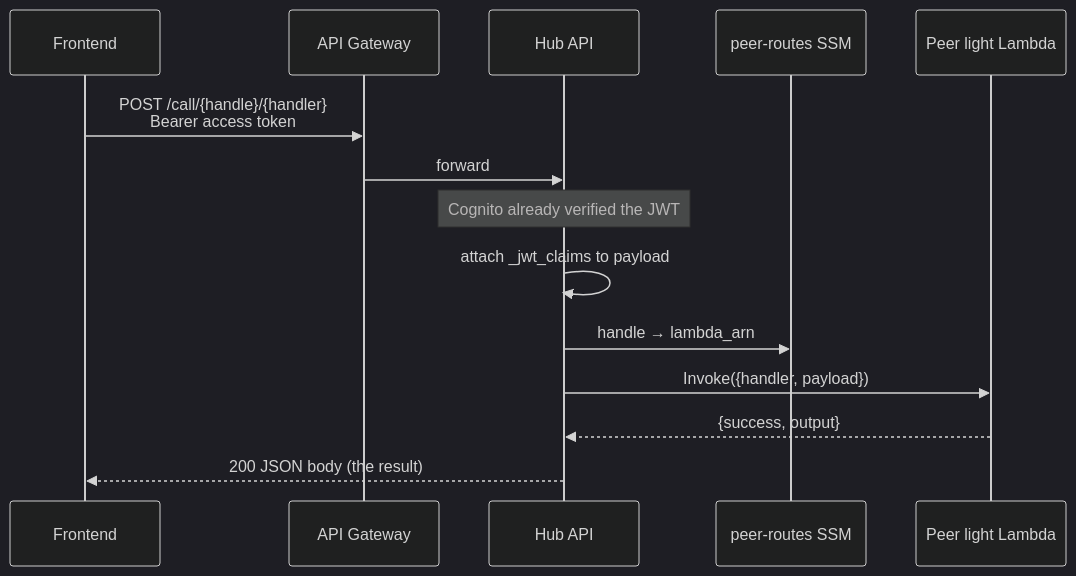
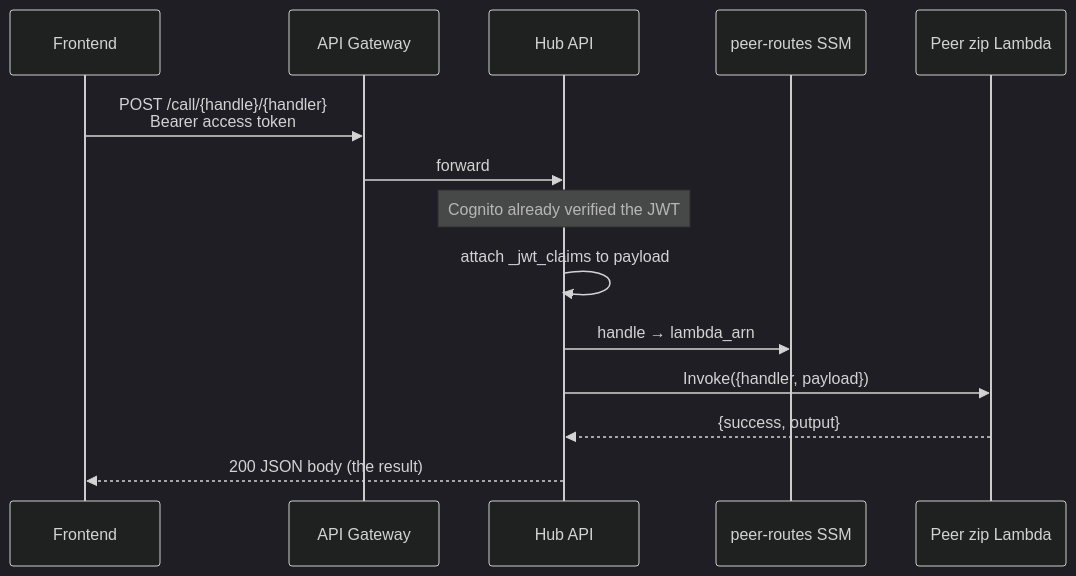
One commit to renglo/bom-helper changed the first of 2 diagrams in docs/GOLDEN_PATHS.md. Above: the diagram before and after it, drawn with Mermaid (dark theme). The commit also changed other lines of this file and 5 other files, not shown here.

````diff
--- a/docs/GOLDEN_PATHS.md
+++ b/docs/GOLDEN_PATHS.md
@@ -30,17 +30,17 @@
 ```mermaid
 sequenceDiagram
   participant FE as Frontend
   participant APIGW as API Gateway
   participant Hub as Hub API
   participant SSM as peer-routes SSM
-  participant Zip as Peer light Lambda
+  participant Zip as Peer zip Lambda
 
   FE->>APIGW: POST /call/{handle}/{handler}<br/>Bearer access token
   APIGW->>Hub: forward
   Note over Hub: Cognito already verified the JWT
   Hub->>Hub: attach _jwt_claims to payload
   Hub->>SSM: handle → lambda_arn
   Hub->>Zip: Invoke({handler, payload})
   Zip-->>Hub: {success, output}
   Hub-->>FE: 200 JSON body (the result)
 ```
````
